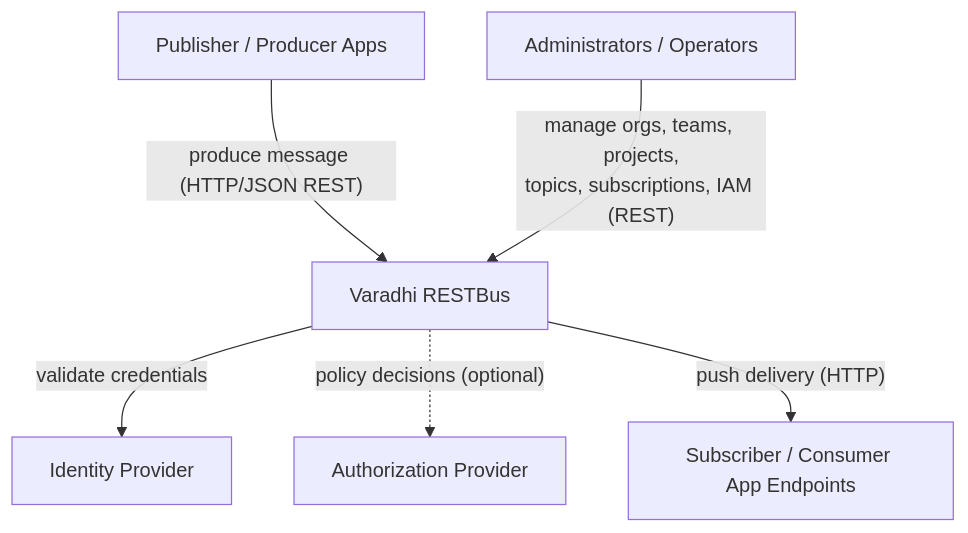
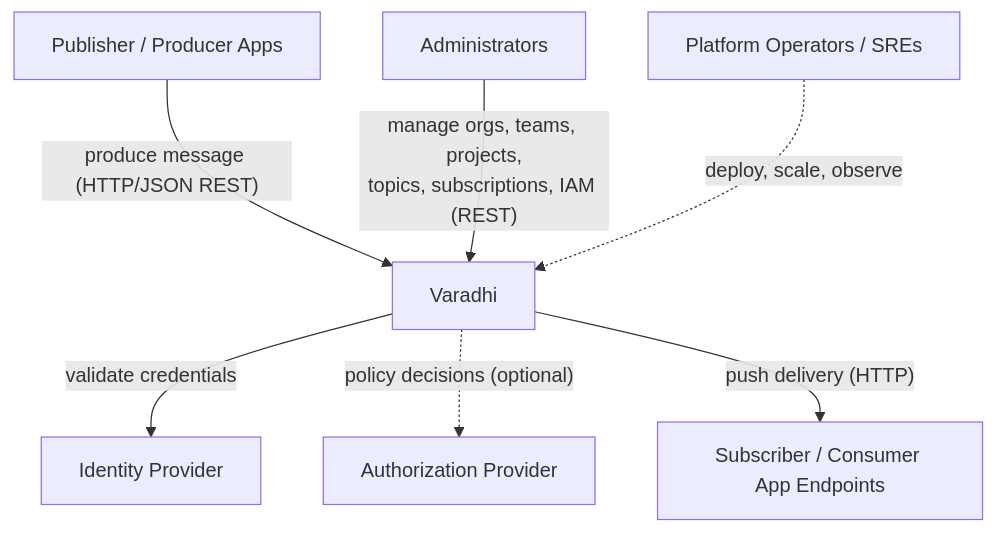
Before and after one commit to flipkart-incubator/varadhi: the diagram in docs/system-context.md, drawn with Mermaid. The commit also changed other lines of this file and 8 other files, not shown here.

````diff
--- a/docs/system-context.md
+++ b/docs/system-context.md
@@ -188,15 +197,18 @@
 ```mermaid
 flowchart TD
-    Producer[Publisher / Producer Apps]
-    Admin[Administrators / Operators]
+    actor.producer[Publisher / Producer Apps]
+    actor.administrator[Administrators]
+    actor.platform-operator[Platform Operators / SREs]
+    actor.subscriber[Subscriber / Consumer App Endpoints]
 
-    Producer -- "produce message (HTTP/JSON REST)" --> Varadhi
-    Admin -- "manage orgs, teams, projects,<br/>topics, subscriptions, IAM (REST)" --> Varadhi
+    actor.producer -- "produce message (HTTP/JSON REST)" --> Varadhi
+    actor.administrator -- "manage orgs, teams, projects,<br/>topics, subscriptions, IAM (REST)" --> Varadhi
+    actor.platform-operator -. "deploy, scale, observe" .-> Varadhi
 
-    Varadhi[Varadhi RESTBus]
+    Varadhi[Varadhi]
 
     Varadhi -- "validate credentials" --> ext.identity-provider[Identity Provider]
     Varadhi -. "policy decisions (optional)" .-> ext.authorization-provider[Authorization Provider]
 
-    Varadhi -- "push delivery (HTTP)" --> Subscriber[Subscriber / Consumer App Endpoints]
+    Varadhi -- "push delivery (HTTP)" --> actor.subscriber
 ```
````
